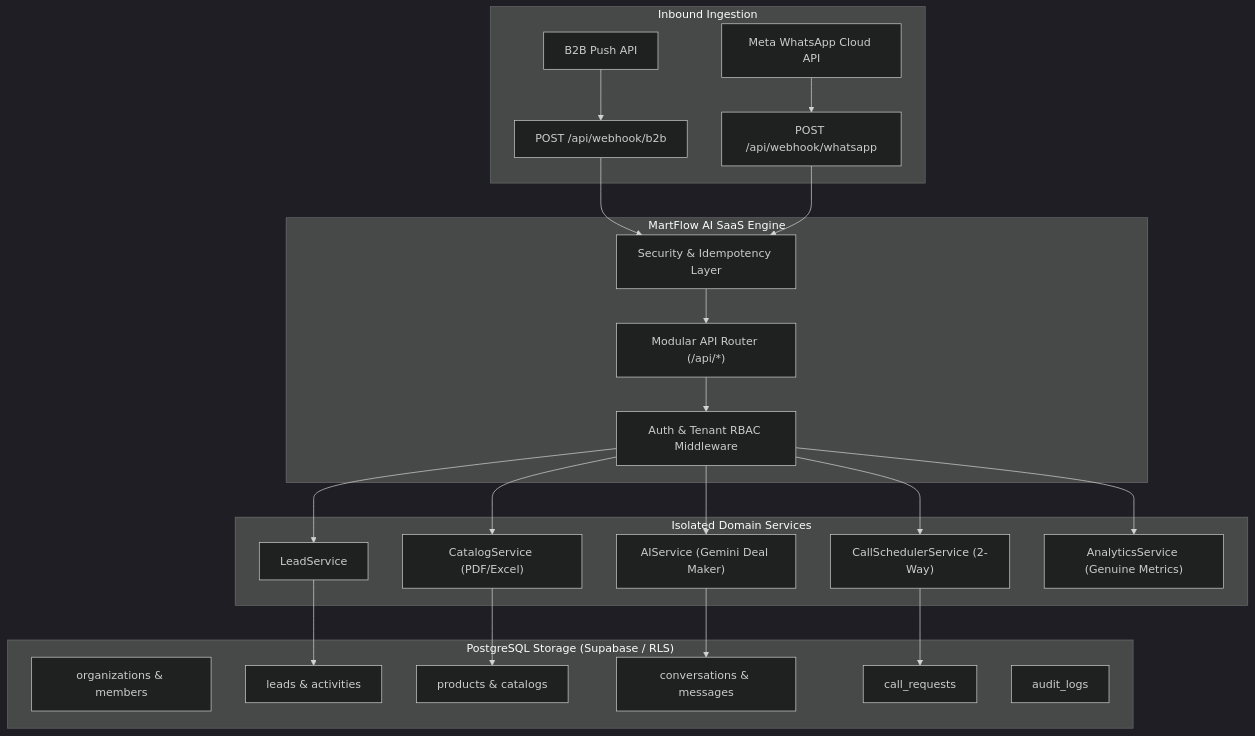
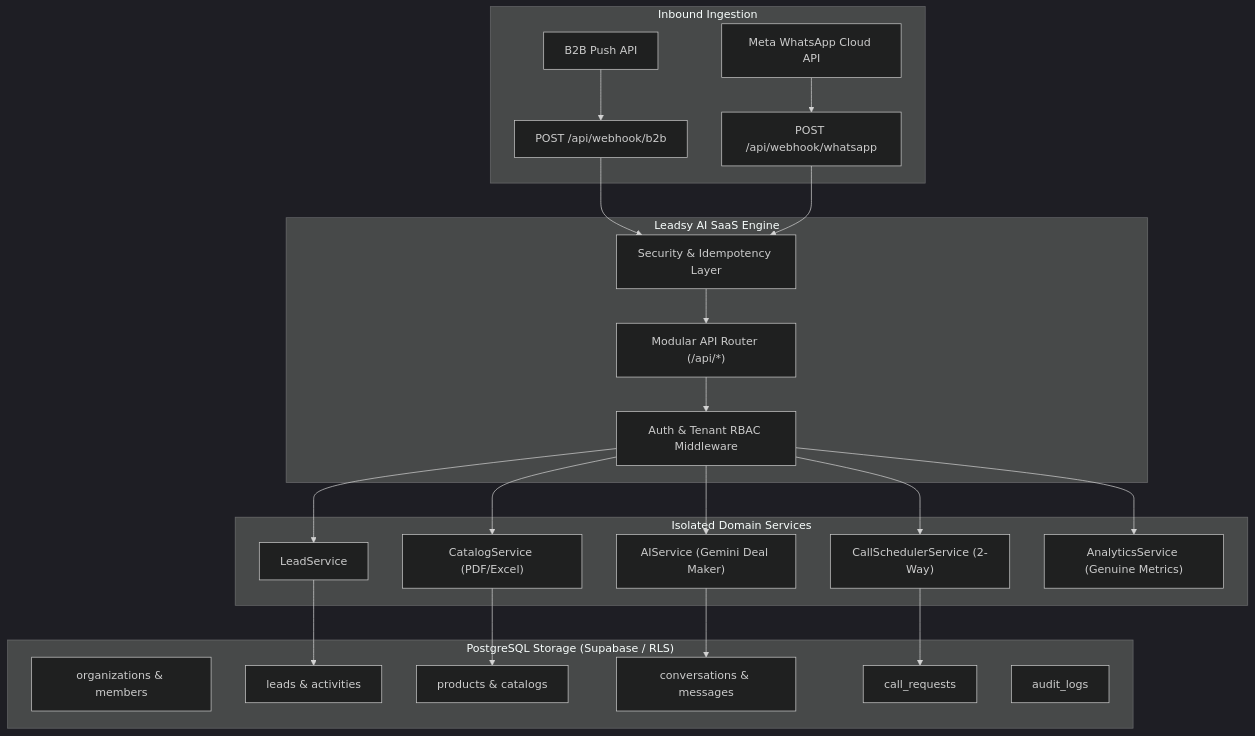
Before and after one commit to shopshah5-eng/martflow-whatsapp-ai-sales-agent: the diagram in README.md, drawn with Mermaid (dark theme). The commit also changed other lines of this file and 15 other files, not shown here.

````diff
--- a/README.md
+++ b/README.md
@@ -25,46 +24,46 @@
 ```mermaid
 graph TD
     subgraph WebhookIngestion["Inbound Ingestion"]
         IM["B2B Push API"] --> WH_IM["POST /api/webhook/b2b"]
         WA["Meta WhatsApp Cloud API"] --> WH_WA["POST /api/webhook/whatsapp"]
     end
 
-    subgraph SaaS_Core["MartFlow AI SaaS Engine"]
+    subgraph SaaS_Core["Leadsy AI SaaS Engine"]
         SEC["Security & Idempotency Layer"]
         AUTH["Auth & Tenant RBAC Middleware"]
         ROUTER["Modular API Router (/api/*)"]
         
         WH_IM --> SEC
         WH_WA --> SEC
         SEC --> ROUTER
         ROUTER --> AUTH
     end
 
     subgraph DomainServices["Isolated Domain Services"]
         LS["LeadService"]
         CS["CatalogService (PDF/Excel)"]
         AI["AIService (Gemini Deal Maker)"]
         CALLS["CallSchedulerService (2-Way)"]
         ANALYTICS["AnalyticsService (Genuine Metrics)"]
     end
 
     subgraph Database["PostgreSQL Storage (Supabase / RLS)"]
         ORGS["organizations & members"]
         LEADS["leads & activities"]
         PROD["products & catalogs"]
         CONV["conversations & messages"]
         CALL_DB["call_requests"]
         AUDIT["audit_logs"]
     end
 
     AUTH --> LS
     AUTH --> CS
     AUTH --> AI
     AUTH --> CALLS
     AUTH --> ANALYTICS
 
     LS --> LEADS
     CS --> PROD
     AI --> CONV
     CALLS --> CALL_DB
 ```
````
